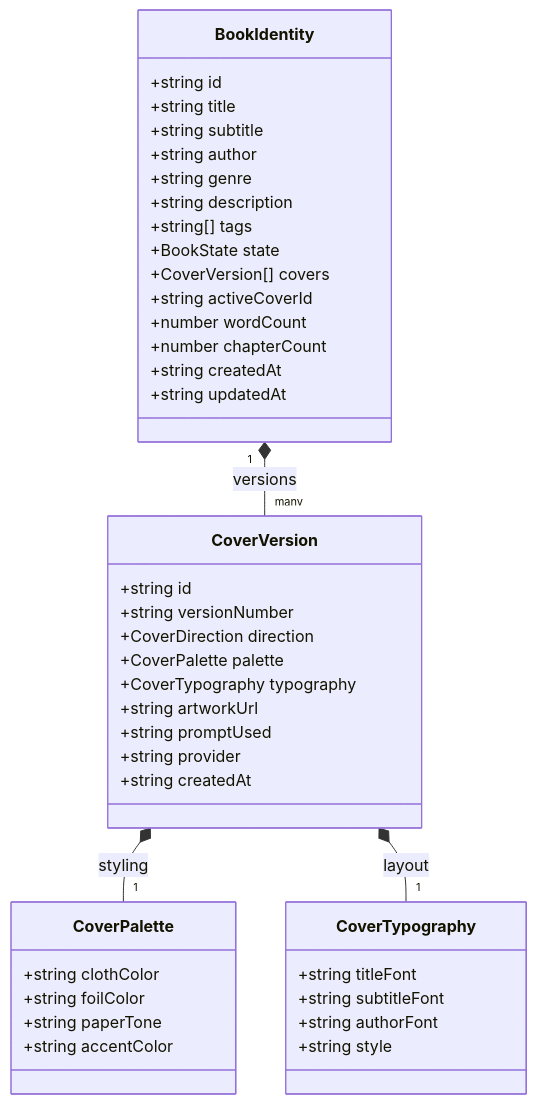
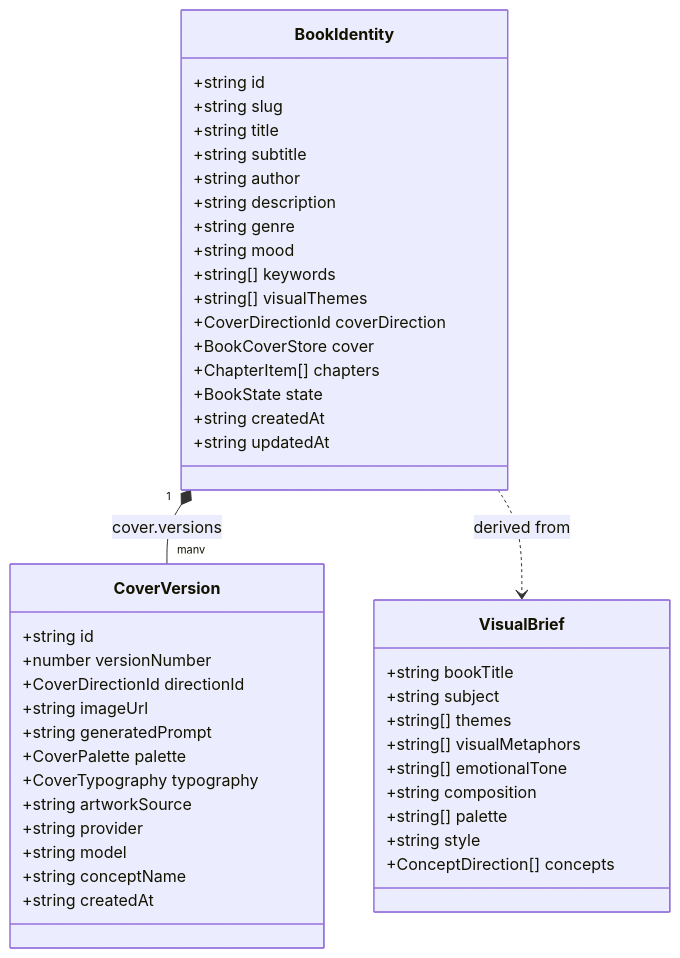
Before and after one commit to SarveshS1407/inkforge: the diagram in docs/BOOK_IDENTITY.md, drawn with Mermaid. The commit also changed other lines of this file and 19 other files, not shown here.

First line of the commit message:
feat(ai-covers): implement real AI book cover generation engine and two-stage pipeline

````diff
--- a/docs/BOOK_IDENTITY.md
+++ b/docs/BOOK_IDENTITY.md
@@ -22,49 +23,51 @@
 ```mermaid
 classDiagram
     class BookIdentity {
         +string id
+        +string slug
         +string title
         +string subtitle
         +string author
+        +string description
         +string genre
-        +string description
-        +string[] tags
+        +string mood
+        +string[] keywords
+        +string[] visualThemes
+        +CoverDirectionId coverDirection
+        +BookCoverStore cover
+        +ChapterItem[] chapters
         +BookState state
-        +CoverVersion[] covers
-        +string activeCoverId
-        +number wordCount
-        +number chapterCount
         +string createdAt
         +string updatedAt
     }
 
     class CoverVersion {
         +string id
-        +string versionNumber
-        +CoverDirection direction
+        +number versionNumber
+        +CoverDirectionId directionId
+        +string imageUrl
+        +string generatedPrompt
         +CoverPalette palette
         +CoverTypography typography
-        +string artworkUrl
-        +string promptUsed
+        +string artworkSource
         +string provider
+        +string model
+        +string conceptName
         +string createdAt
     }
 
-    class CoverPalette {
-        +string clothColor
-        +string foilColor
-        +string paperTone
-        +string accentColor
+    class VisualBrief {
+        +string bookTitle
+        +string subject
+        +string[] themes
+        +string[] visualMetaphors
+        +string[] emotionalTone
+        +string composition
+        +string[] palette
+        +string style
+        +ConceptDirection[] concepts
     }
 
-    class CoverTypography {
-        +string titleFont
-        +string subtitleFont
-        +string authorFont
-        +string style
-    }
-
-    BookIdentity "1" *-- "many" CoverVersion : versions
-    CoverVersion *-- "1" CoverPalette : styling
-    CoverVersion *-- "1" CoverTypography : layout
+    BookIdentity "1" *-- "many" CoverVersion : cover.versions
+    BookIdentity ..> VisualBrief : derived from
 ```
````
